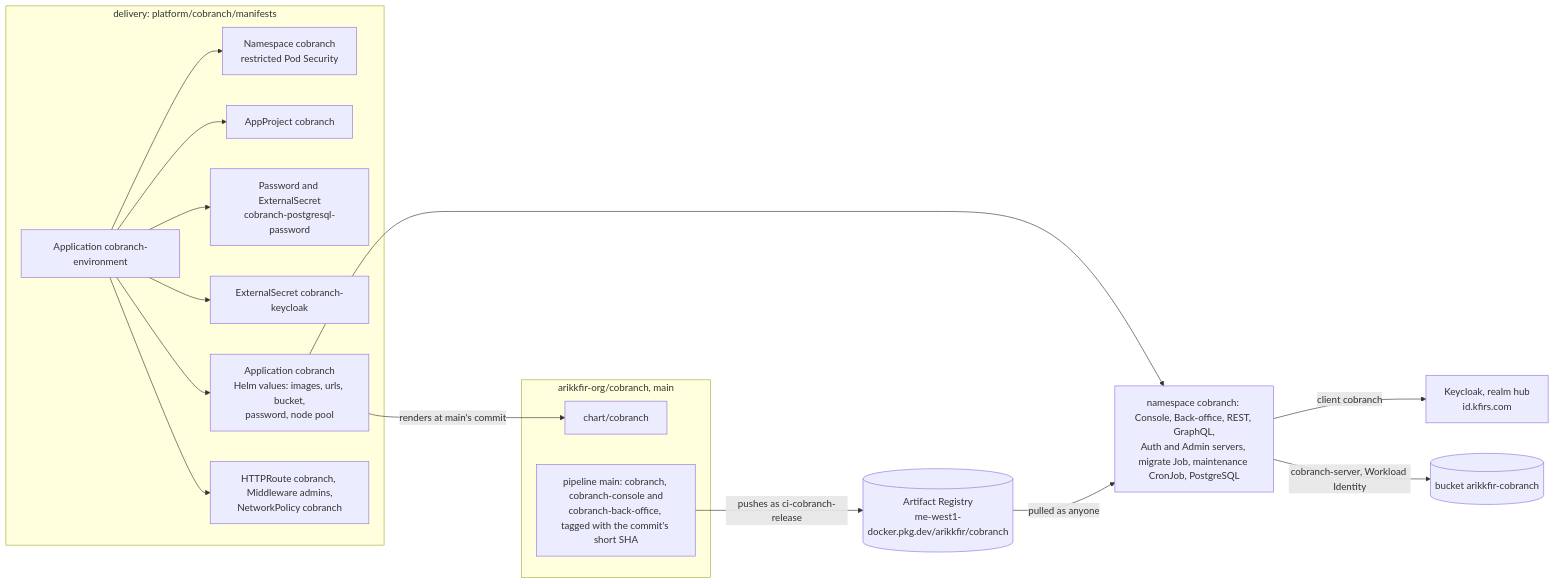
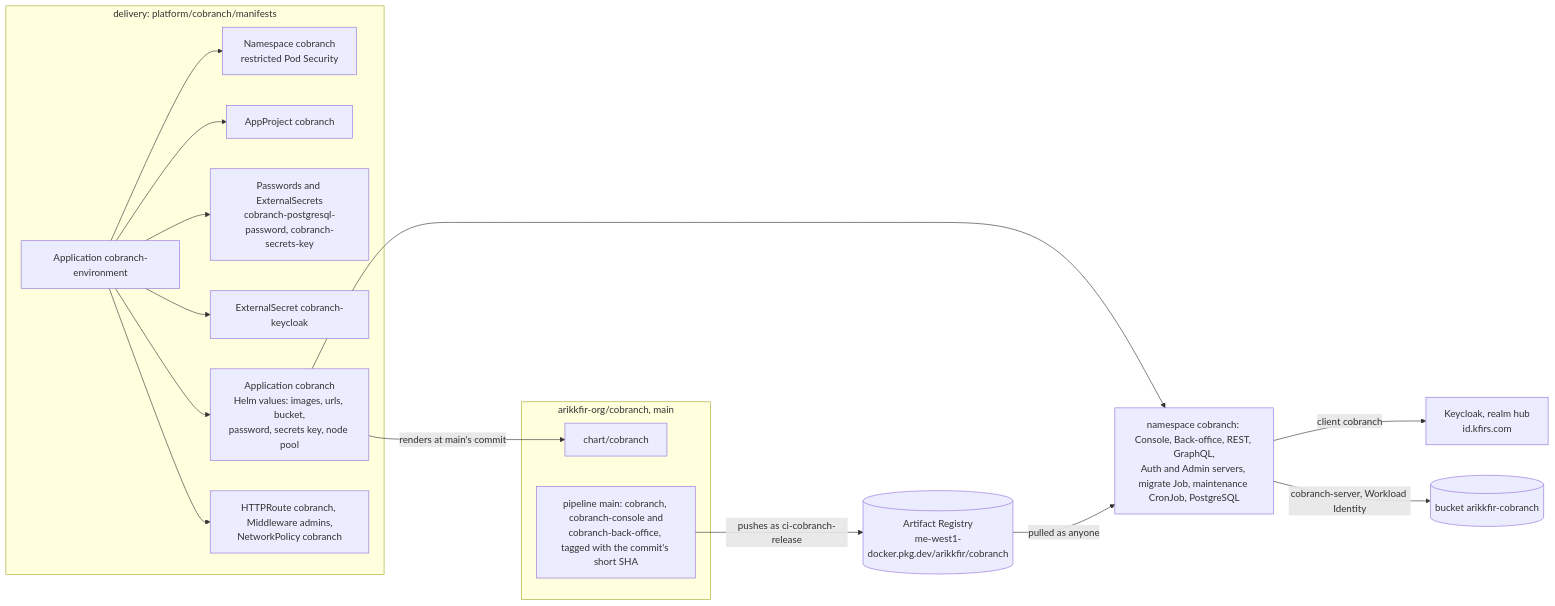
Before and after one commit to arikkfir-org/delivery: the first of 2 diagrams in docs/delivery/designs/cobranch.md, drawn with Mermaid. The commit also changed other lines of this file and 10 other files, not shown here.

First line of the commit message:
feat(cobranch): give the demo and previews a secrets key

````diff
--- a/docs/delivery/designs/cobranch.md
+++ b/docs/delivery/designs/cobranch.md
@@ -13,21 +13,21 @@
 ```mermaid
 flowchart LR
   subgraph cobranchrepo["arikkfir-org/cobranch, main"]
     Chart["chart/cobranch"]
     Main["pipeline main: cobranch, cobranch-console and<br/>cobranch-back-office, tagged with the commit's short SHA"]
   end
   subgraph delivery["delivery: platform/cobranch/manifests"]
     Env["Application cobranch-environment"] --> NS["Namespace cobranch<br/>restricted Pod Security"]
     Env --> Project["AppProject cobranch"]
-    Env --> Pass["Password and ExternalSecret<br/>cobranch-postgresql-password"]
+    Env --> Pass["Passwords and ExternalSecrets<br/>cobranch-postgresql-password, cobranch-secrets-key"]
     Env --> KC["ExternalSecret cobranch-keycloak"]
-    Env --> App["Application cobranch<br/>Helm values: images, urls, bucket,<br/>password, node pool"]
+    Env --> App["Application cobranch<br/>Helm values: images, urls, bucket,<br/>password, secrets key, node pool"]
     Env --> Gate["HTTPRoute cobranch, Middleware admins,<br/>NetworkPolicy cobranch"]
   end
   Main -- "pushes as ci-cobranch-release" --> Reg[("Artifact Registry<br/>me-west1-docker.pkg.dev/arikkfir/cobranch")]
   App -- "renders at main's commit" --> Chart
   App --> Pods["namespace cobranch: Console, Back-office, REST, GraphQL,<br/>Auth and Admin servers, migrate Job, maintenance CronJob, PostgreSQL"]
   Pods -- "client cobranch" --> Keycloak["Keycloak, realm hub<br/>id.kfirs.com"]
   Reg -- "pulled as anyone" --> Pods
   Pods -- "cobranch-server, Workload Identity" --> Bucket[("bucket arikkfir-cobranch")]
 ```
````
